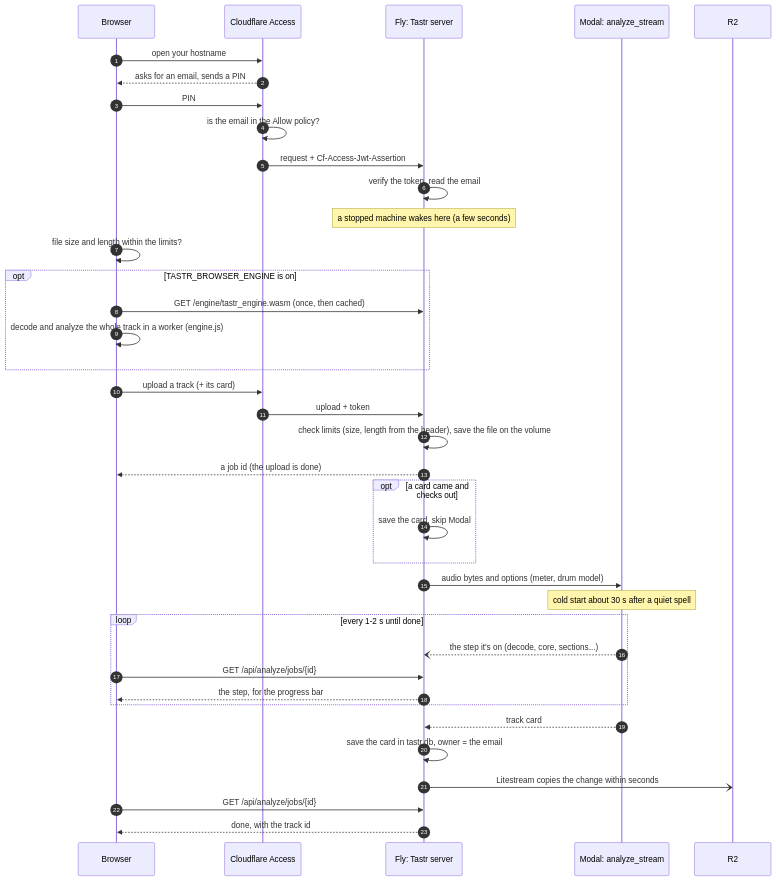
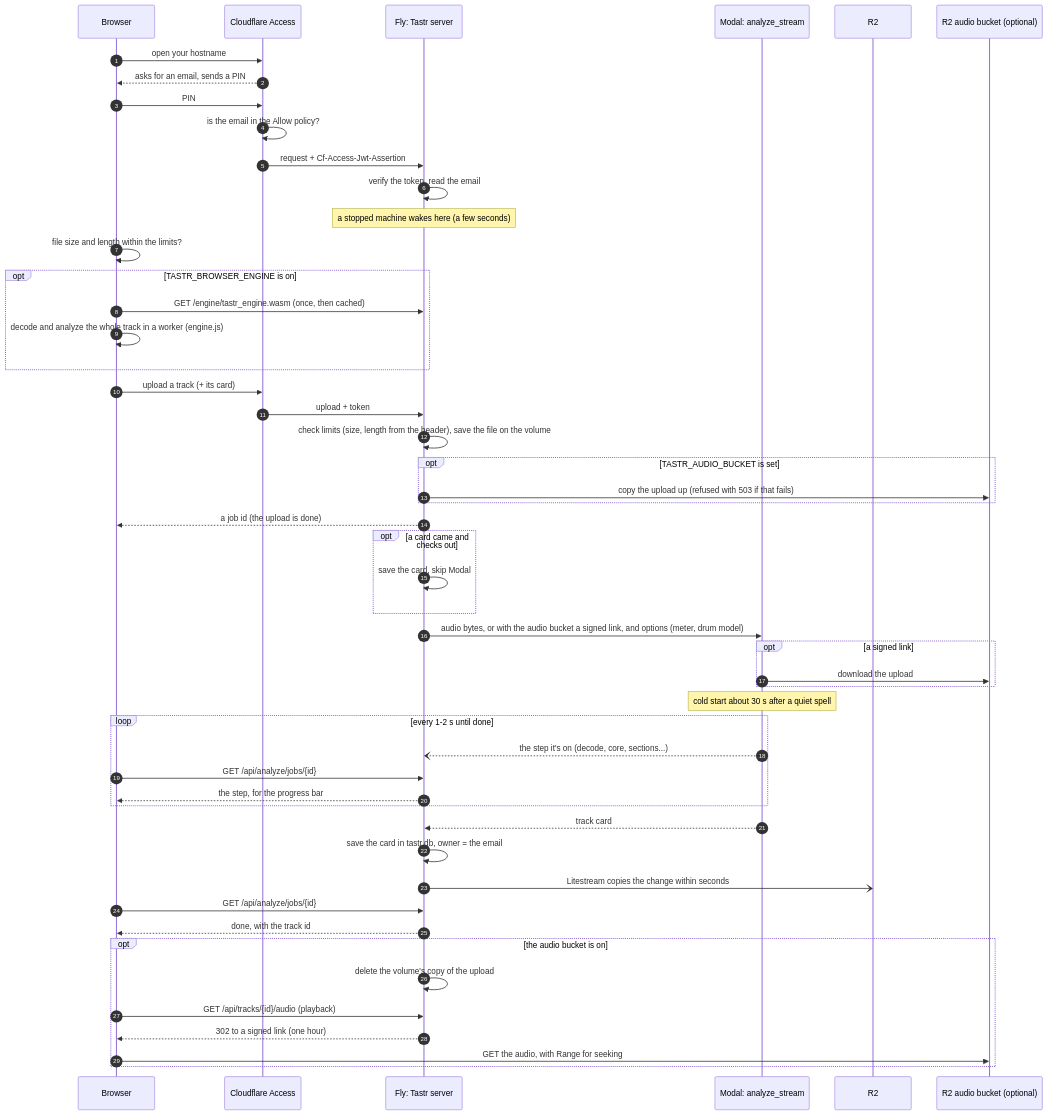
One commit to pocketIlmatto/tastr changed the second of 2 diagrams in docs/hosting-map.md. Above: the diagram before and after it, drawn with Mermaid. The commit also changed other lines of this file and 19 other files, not shown here.

````diff
--- a/docs/hosting-map.md
+++ b/docs/hosting-map.md
@@ -71,40 +83,53 @@
 ```mermaid
 sequenceDiagram
   autonumber
   participant B as Browser
   participant C as Cloudflare Access
   participant W as Fly: Tastr server
   participant M as Modal: analyze_stream
   participant R as R2
+  participant A as R2 audio bucket (optional)
   B->>C: open your hostname
   C-->>B: asks for an email, sends a PIN
   B->>C: PIN
   C->>C: is the email in the Allow policy?
   C->>W: request + Cf-Access-Jwt-Assertion
   W->>W: verify the token, read the email
   Note over W: a stopped machine wakes here (a few seconds)
   B->>B: file size and length within the limits?
   opt TASTR_BROWSER_ENGINE is on
     B->>W: GET /engine/tastr_engine.wasm (once, then cached)
     B->>B: decode and analyze the whole track in a worker (engine.js)
   end
   B->>C: upload a track (+ its card)
   C->>W: upload + token
   W->>W: check limits (size, length from the header), save the file on the volume
+  opt TASTR_AUDIO_BUCKET is set
+    W->>A: copy the upload up (refused with 503 if that fails)
+  end
   W-->>B: a job id (the upload is done)
   opt a card came and checks out
     W->>W: save the card, skip Modal
   end
-  W->>M: audio bytes and options (meter, drum model)
+  W->>M: audio bytes, or with the audio bucket a signed link, and options (meter, drum model)
+  opt a signed link
+    M->>A: download the upload
+  end
   Note over M: cold start about 30 s after a quiet spell
   loop every 1-2 s until done
     M--)W: the step it's on (decode, core, sections...)
     B->>W: GET /api/analyze/jobs/{id}
     W-->>B: the step, for the progress bar
   end
   M-->>W: track card
   W->>W: save the card in tastr.db, owner = the email
   W-)R: Litestream copies the change within seconds
   B->>W: GET /api/analyze/jobs/{id}
   W-->>B: done, with the track id
+  opt the audio bucket is on
+    W->>W: delete the volume's copy of the upload
+    B->>W: GET /api/tracks/{id}/audio (playback)
+    W-->>B: 302 to a signed link (one hour)
+    B->>A: GET the audio, with Range for seeking
+  end
 ```
````
